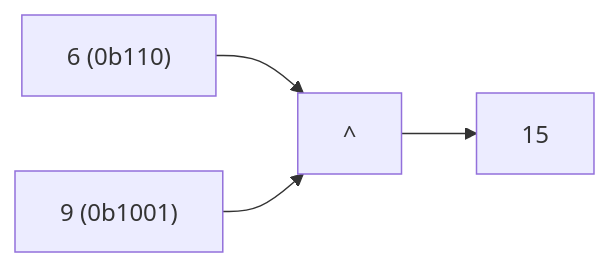
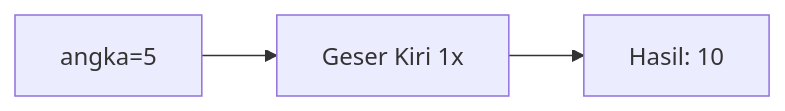
Diagram 16 of 25 in part-c-pemahaman-cpp/06-bitwise/latihan/set-09.md (amnahwaida/OSNK_INF_PREP), drawn with Mermaid before and after one commit. The commit also changed other lines of this file and 71 other files, not shown here.

````diff
--- a/part-c-pemahaman-cpp/06-bitwise/latihan/set-09.md
+++ b/part-c-pemahaman-cpp/06-bitwise/latihan/set-09.md
@@ -421,6 +434,5 @@
 ```mermaid
 graph LR
-A["6 (0b110)"] --> C["^"]
-B["9 (0b1001)"] --> C
-C --> D["15"]
+A["angka=5"] --> B["Geser Kiri 1x"]
+B --> C["Hasil: 10"]
 ```
````
